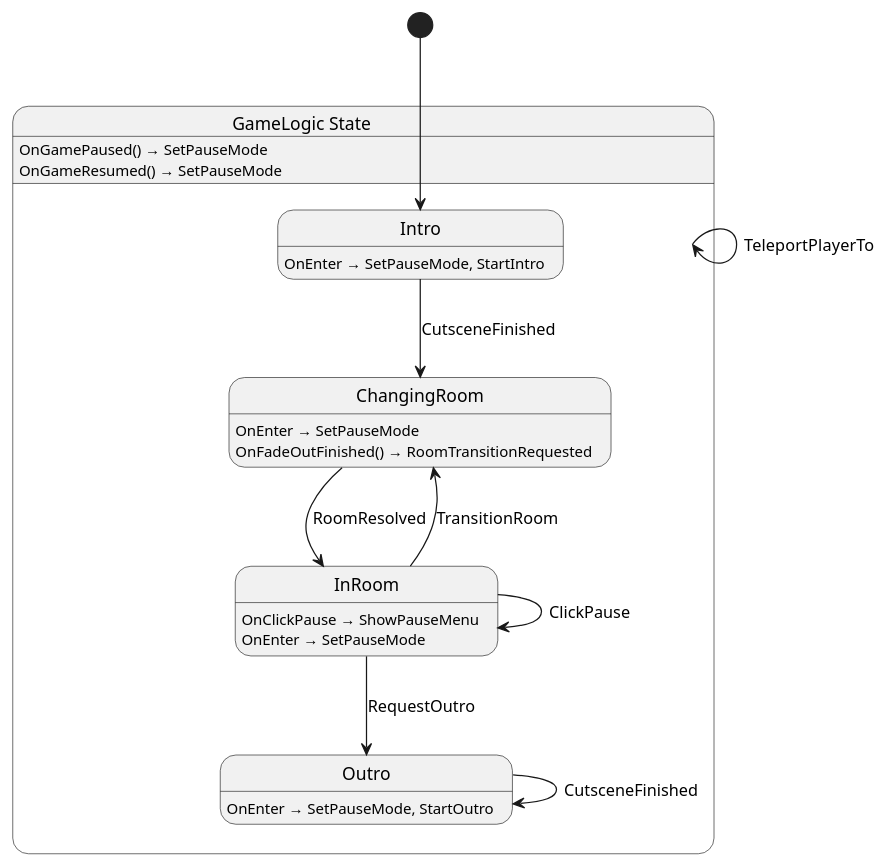
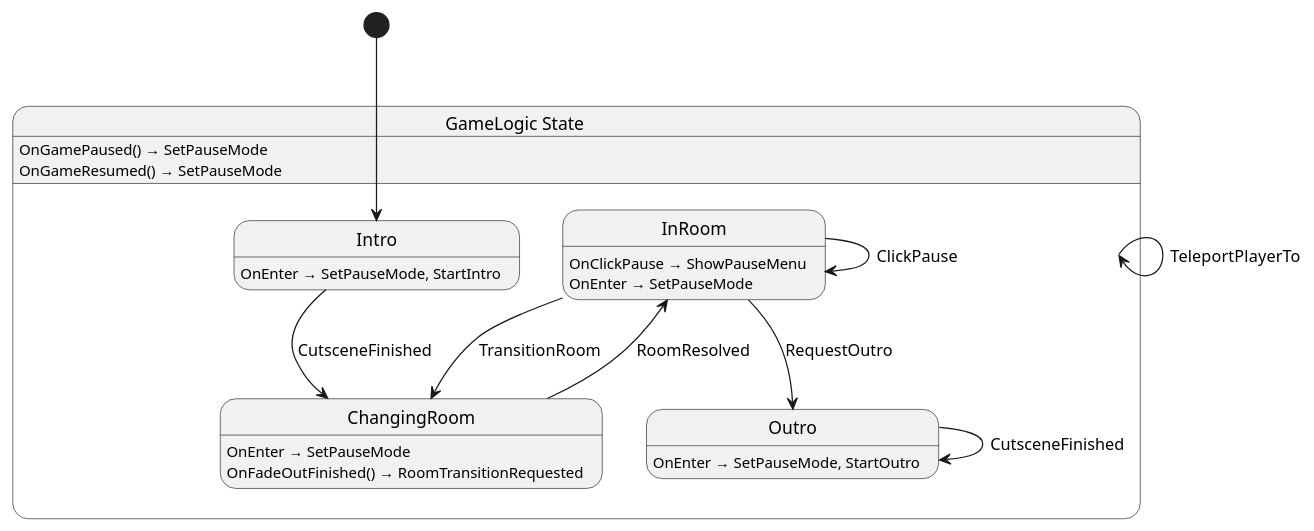
One commit to nilsiker/godot-wild-jam-77 changed the diagram in src/game/state/GameLogic.g.puml. Above: the diagram before and after it, drawn with PlantUML. The commit also changed other lines of this file and 66 other files, not shown here.

```diff
--- a/src/game/state/GameLogic.g.puml
+++ b/src/game/state/GameLogic.g.puml
@@ -1,27 +1,27 @@
 @startuml GameLogic
 state "GameLogic State" as Woodblight_GameLogic_State {
+  state "Outro" as Woodblight_GameLogic_State_Outro
+  state "InRoom" as Woodblight_GameLogic_State_InRoom
   state "ChangingRoom" as Woodblight_GameLogic_State_ChangingRoom
-  state "InRoom" as Woodblight_GameLogic_State_InRoom
   state "Intro" as Woodblight_GameLogic_State_Intro
-  state "Outro" as Woodblight_GameLogic_State_Outro
 }
 
 Woodblight_GameLogic_State --> Woodblight_GameLogic_State : TeleportPlayerTo
 Woodblight_GameLogic_State_ChangingRoom --> Woodblight_GameLogic_State_InRoom : RoomResolved
 Woodblight_GameLogic_State_InRoom --> Woodblight_GameLogic_State_ChangingRoom : TransitionRoom
 Woodblight_GameLogic_State_InRoom --> Woodblight_GameLogic_State_InRoom : ClickPause
 Woodblight_GameLogic_State_InRoom --> Woodblight_GameLogic_State_Outro : RequestOutro
 Woodblight_GameLogic_State_Intro --> Woodblight_GameLogic_State_ChangingRoom : CutsceneFinished
 Woodblight_GameLogic_State_Outro --> Woodblight_GameLogic_State_Outro : CutsceneFinished
 
 Woodblight_GameLogic_State : OnGamePaused() → SetPauseMode
 Woodblight_GameLogic_State : OnGameResumed() → SetPauseMode
 Woodblight_GameLogic_State_ChangingRoom : OnEnter → SetPauseMode
 Woodblight_GameLogic_State_ChangingRoom : OnFadeOutFinished() → RoomTransitionRequested
 Woodblight_GameLogic_State_InRoom : OnClickPause → ShowPauseMenu
 Woodblight_GameLogic_State_InRoom : OnEnter → SetPauseMode
 Woodblight_GameLogic_State_Intro : OnEnter → SetPauseMode, StartIntro
 Woodblight_GameLogic_State_Outro : OnEnter → SetPauseMode, StartOutro
 
 [*] --> Woodblight_GameLogic_State_Intro
 @enduml
```
